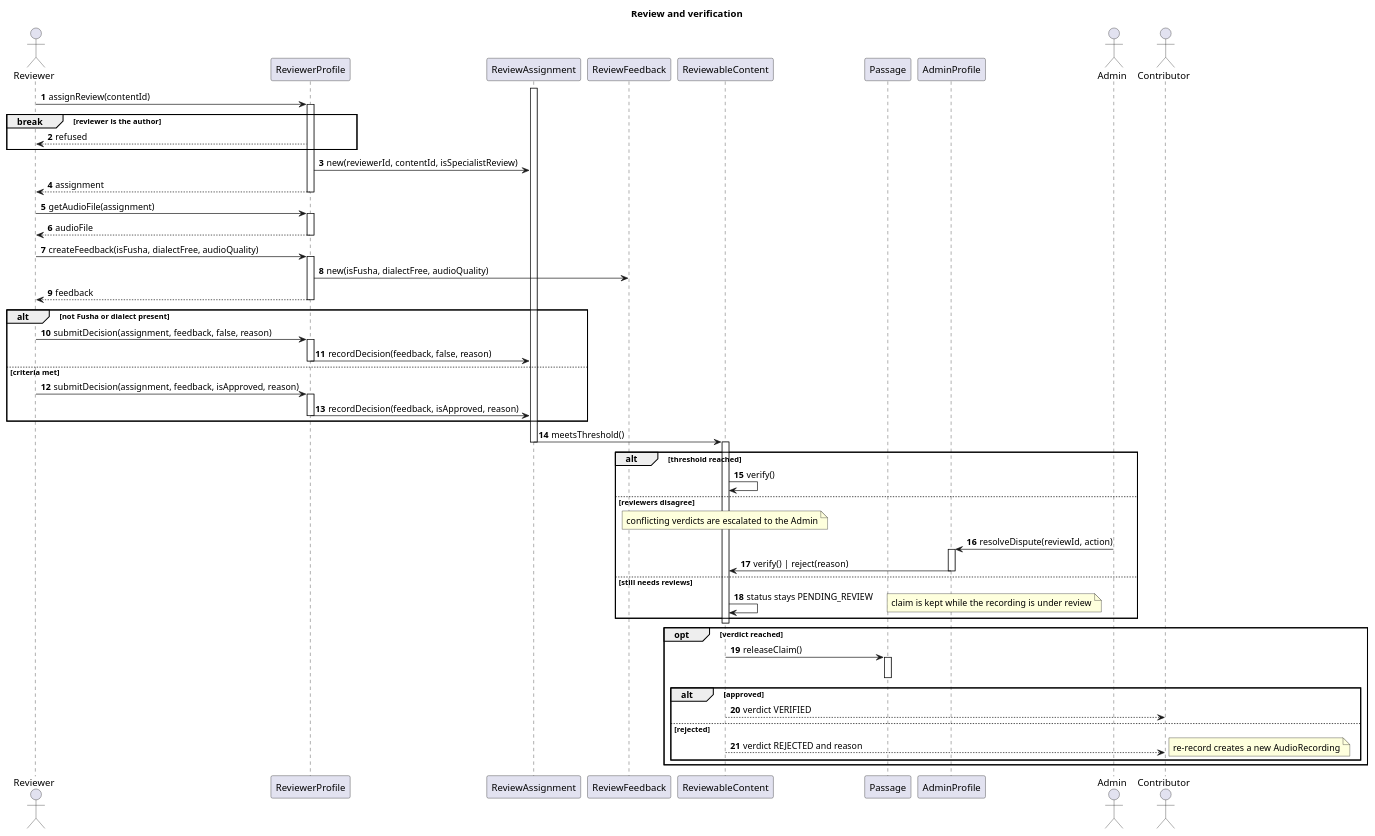
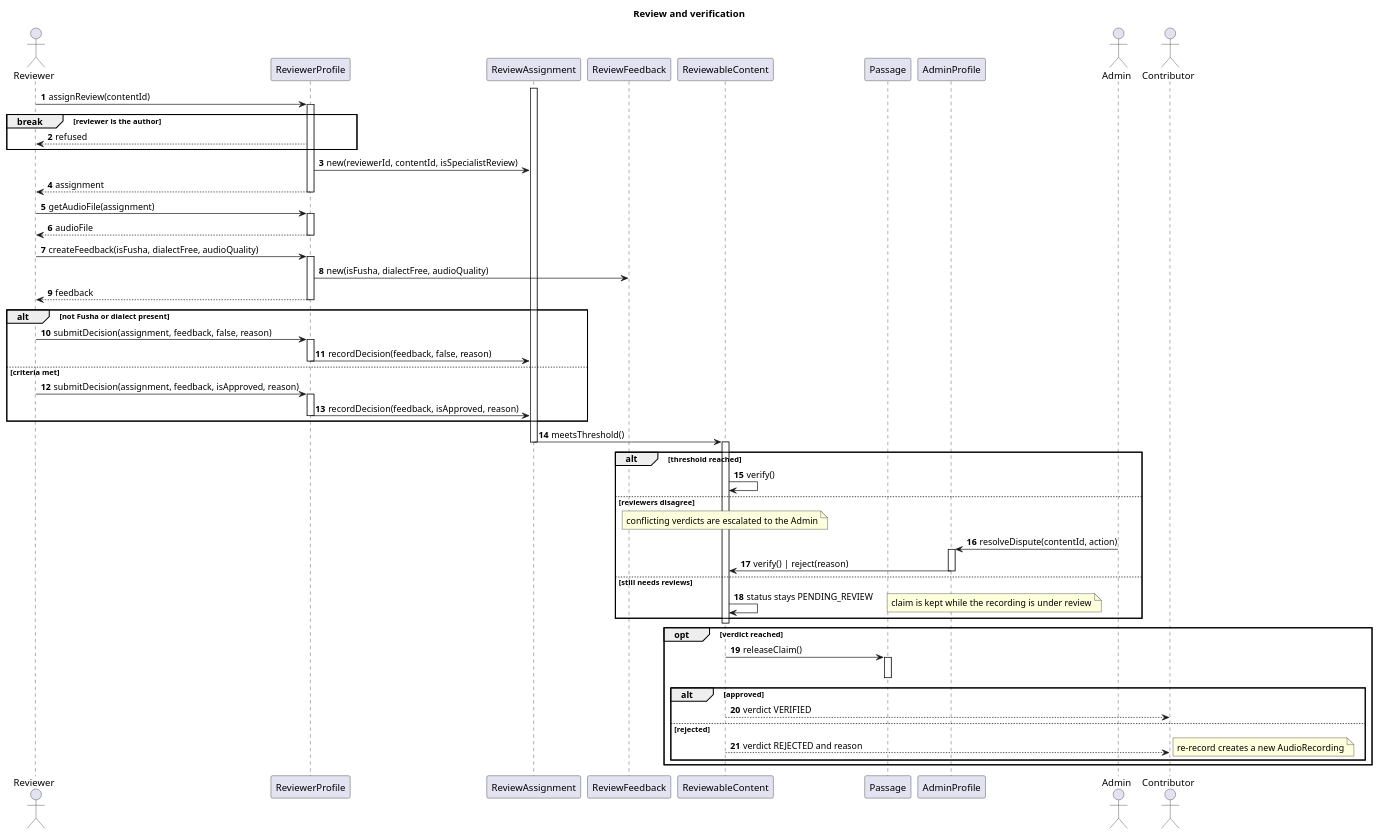
The diagram in h_seq2_review_verdict.puml (iAbdulrrahman/asghi-diagrams), drawn with PlantUML before and after one commit. The commit also changed 3 other files, not shown here.

First line of the commit message:
F3: resolveDispute targets content, not a single review

```diff
--- a/h_seq2_review_verdict.puml
+++ b/h_seq2_review_verdict.puml
@@ -1,80 +1,80 @@
 @startuml
 title Review and verification
 autonumber
 
 actor Reviewer as REV
 participant "ReviewerProfile" as RP
 participant "ReviewAssignment" as RA
 participant "ReviewFeedback" as RF
 participant "ReviewableContent" as C
 participant "Passage" as P
 participant "AdminProfile" as AP
 actor Admin as ADM
 actor Contributor as CON
 
 REV -> RP : assignReview(contentId)
 activate RP
 
 break reviewer is the author
     RP --> REV : refused
 end
 
 RP -> RA : new(reviewerId, contentId, isSpecialistReview)
 RP --> REV : assignment
 deactivate RP
 
 REV -> RP : getAudioFile(assignment)
 activate RP
 RP --> REV : audioFile
 deactivate RP
 
 REV -> RP : createFeedback(isFusha, dialectFree, audioQuality)
 activate RP
 RP -> RF : new(isFusha, dialectFree, audioQuality)
 RP --> REV : feedback
 deactivate RP
 
 alt not Fusha or dialect present
     REV -> RP : submitDecision(assignment, feedback, false, reason)
     activate RP
     RP -> RA : recordDecision(feedback, false, reason)
     deactivate RP
 else criteria met
     REV -> RP : submitDecision(assignment, feedback, isApproved, reason)
     activate RP
     RP -> RA : recordDecision(feedback, isApproved, reason)
     deactivate RP
 end
 
 activate RA
 RA -> C : meetsThreshold()
 deactivate RA
 activate C
 
 alt threshold reached
     C -> C : verify()
 else reviewers disagree
     note over C : conflicting verdicts are escalated to the Admin
-    ADM -> AP : resolveDispute(reviewId, action)
+    ADM -> AP : resolveDispute(contentId, action)
     activate AP
     AP -> C : verify() | reject(reason)
     deactivate AP
 else still needs reviews
     C -> C : status stays PENDING_REVIEW
     note right : claim is kept while the recording is under review
 end
 deactivate C
 
 opt verdict reached
     C -> P : releaseClaim()
     activate P
     deactivate P
     alt approved
         C --> CON : verdict VERIFIED
     else rejected
         C --> CON : verdict REJECTED and reason
         note right : re-record creates a new AudioRecording
     end
 end
 
 @enduml
```
